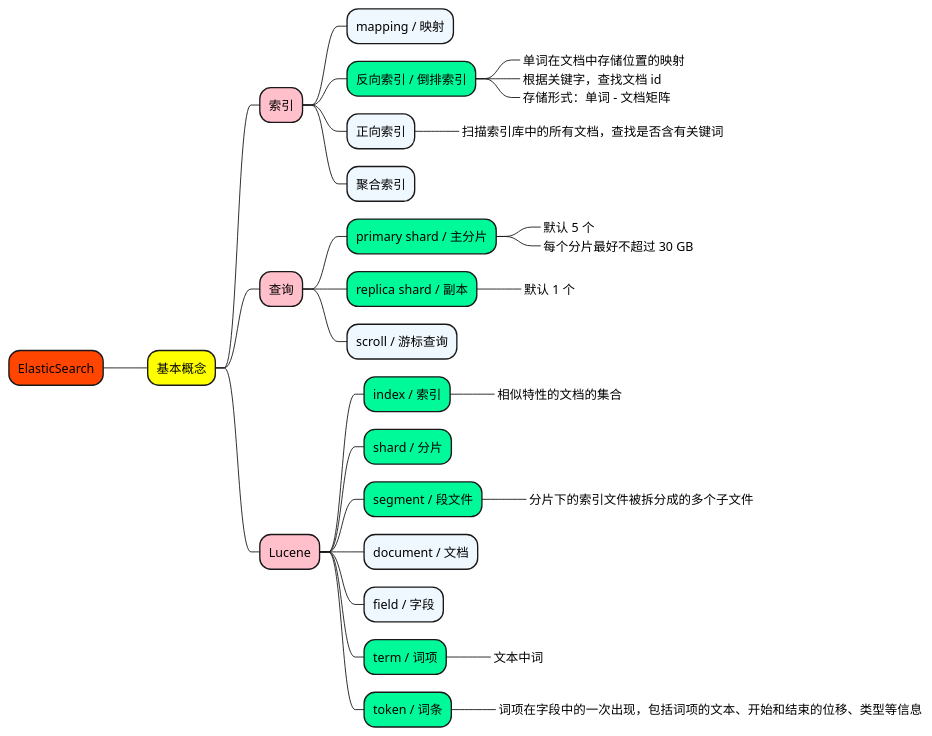
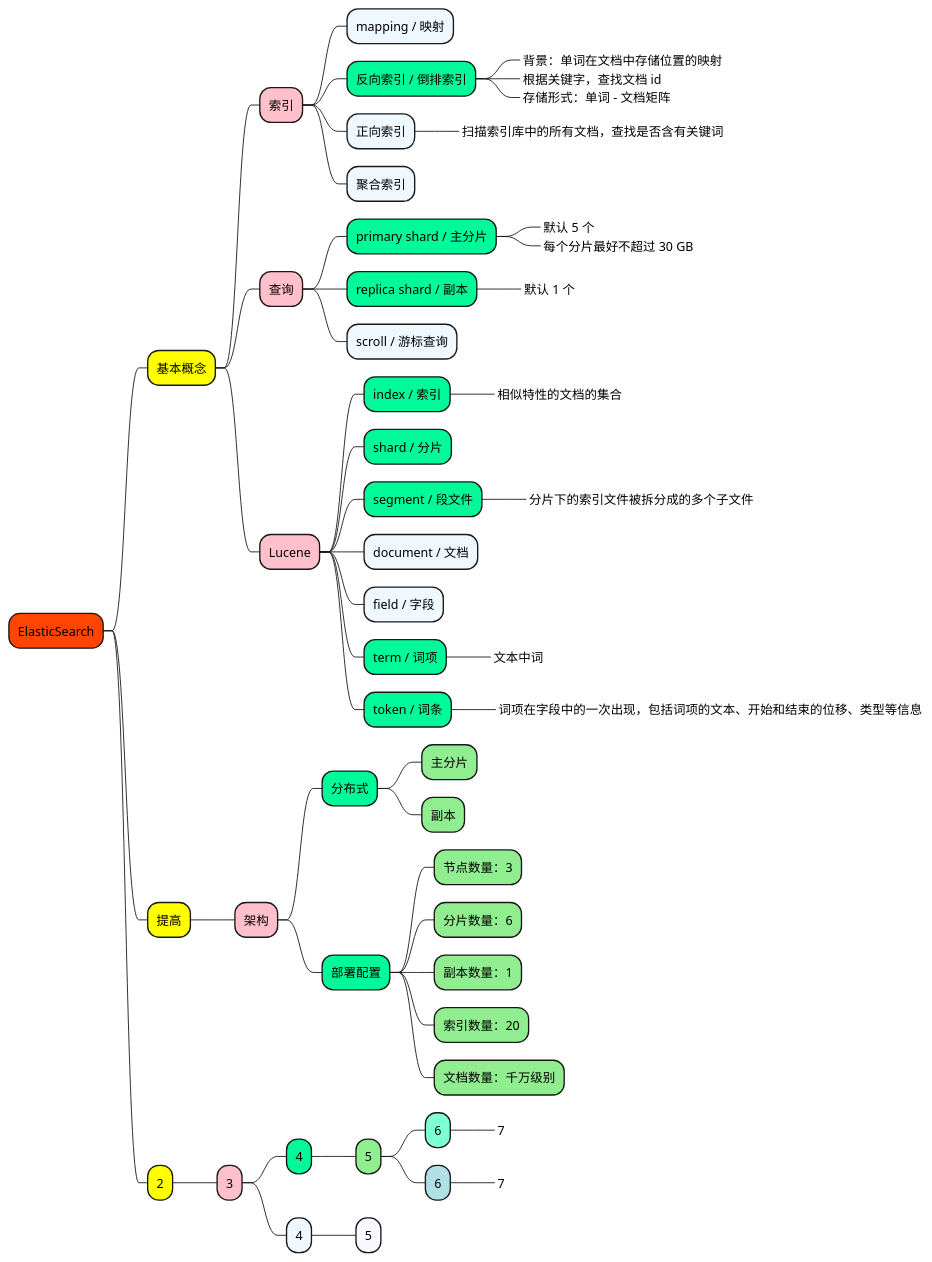
Before and after one commit to doveg/self-cultivation-of-a-software-engineer: the diagram in 1_map/4-database/ElasticSearch.puml, drawn with PlantUML. The commit also changed 5 other files, not shown here.

```diff
--- a/1_map/4-database/ElasticSearch.puml
+++ b/1_map/4-database/ElasticSearch.puml
@@ -1,50 +1,84 @@
 @startmindmap
 
 +[#OrangeRed] ElasticSearch
 
 ++[#yellow] 基本概念
 
 +++[#Pink] 索引
 
 ++++[#AliceBlue] mapping / 映射
 
 ++++[#MediumSpringGreen] 反向索引 / 倒排索引
-+++++_ 单词在文档中存储位置的映射
++++++_ 背景：单词在文档中存储位置的映射
 +++++_ 根据关键字，查找文档 id
 +++++_ 存储形式：单词 - 文档矩阵
 
 ++++[#AliceBlue] 正向索引
 +++++_ 扫描索引库中的所有文档，查找是否含有关键词
 
 ++++[#AliceBlue] 聚合索引
 
 
 +++[#Pink] 查询
 
 ++++[#MediumSpringGreen] primary shard / 主分片
 +++++_ 默认 5 个
 +++++_ 每个分片最好不超过 30 GB
 
 ++++[#MediumSpringGreen] replica shard / 副本
 +++++_ 默认 1 个
 
 ++++[#AliceBlue] scroll / 游标查询
 
 
 +++[#Pink] Lucene
 
 ++++[#MediumSpringGreen] index / 索引
 +++++_ 相似特性的文档的集合
 ++++[#MediumSpringGreen] shard / 分片
 ++++[#MediumSpringGreen] segment / 段文件
 +++++_ 分片下的索引文件被拆分成的多个子文件
 ++++[#AliceBlue] document / 文档
 ++++[#AliceBlue] field / 字段
 ++++[#MediumSpringGreen] term / 词项
 +++++_ 文本中词
 ++++[#MediumSpringGreen] token / 词条
 +++++_ 词项在字段中的一次出现，包括词项的文本、开始和结束的位移、类型等信息
 
 
+++[#yellow] 提高
+
++++[#Pink] 架构
+
+++++[#MediumSpringGreen] 分布式
++++++[#LightGreen] 主分片
++++++[#LightGreen] 副本
+
+++++[#MediumSpringGreen] 部署配置
++++++[#LightGreen] 节点数量：3
++++++[#LightGreen] 分片数量：6
++++++[#LightGreen] 副本数量：1
++++++[#LightGreen] 索引数量：20
++++++[#LightGreen] 文档数量：千万级别
+
+
+
+
+
+
+
+++[#yellow] 2
+
++++[#Pink] 3
+
+++++[#MediumSpringGreen] 4
++++++[#LightGreen] 5
+++++++[#Aquamarine] 6
++++++++[#Aquamarine]_ 7
+++++++[#PowderBlue] 6
++++++++[#PowderBlue]_ 7
+++++[#AliceBlue] 4
++++++[#GhostWhite] 5
+
 
 @endmindmap
```
